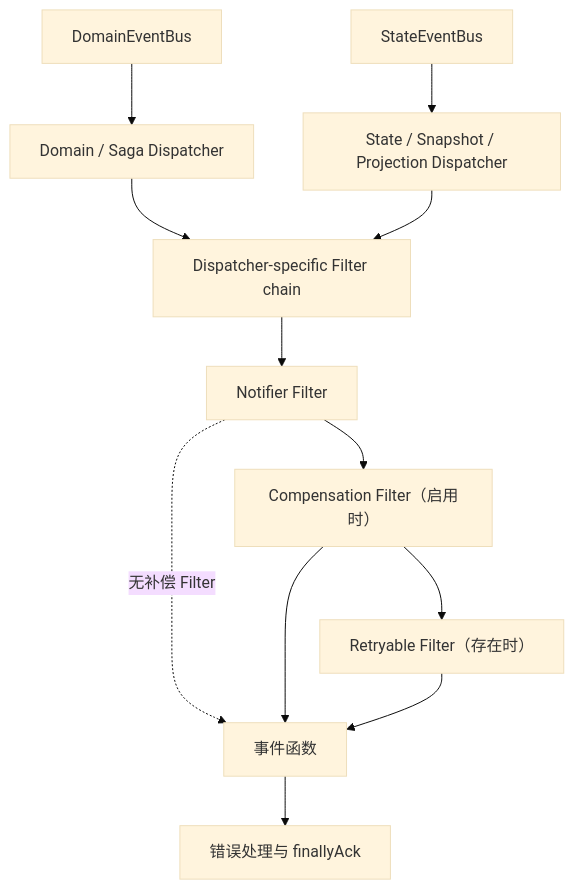
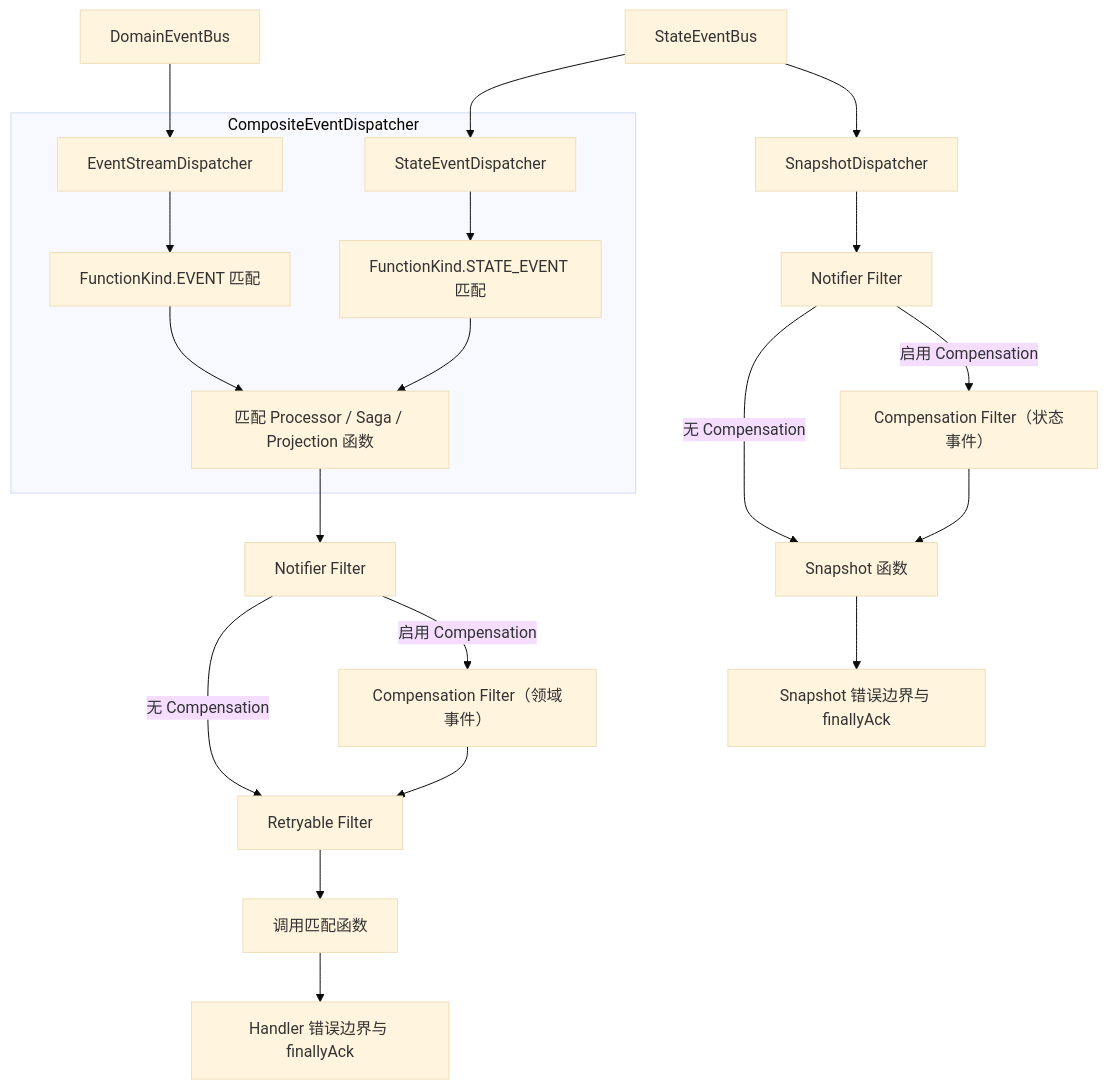
One commit to Ahoo-Wang/Wow changed the diagram in documentation/docs/zh/guide/event/dispatch.md. Above: the diagram before and after it, drawn with Mermaid (base theme). The commit also changed 3 other files, not shown here.

Commit message:
docs: correct event diagram boundaries

````diff
--- a/documentation/docs/zh/guide/event/dispatch.md
+++ b/documentation/docs/zh/guide/event/dispatch.md
@@ -24,14 +24,23 @@
 ```mermaid
 flowchart TB
-    DomainBus["DomainEventBus"] --> DomainDispatcher["Domain / Saga Dispatcher"]
-    StateBus["StateEventBus"] --> StateDispatcher["State / Snapshot / Projection Dispatcher"]
-    DomainDispatcher --> Chain["Dispatcher-specific Filter chain"]
-    StateDispatcher --> Chain
-    Chain --> Notifier["Notifier Filter"]
-    Notifier --> Compensation["Compensation Filter（启用时）"]
-    Notifier -. "无补偿 Filter" .-> Function["事件函数"]
-    Compensation --> Retryable["Retryable Filter（存在时）"]
-    Compensation --> Function
-    Retryable --> Function
-    Function --> Ack["错误处理与 finallyAck"]
+    DomainBus["DomainEventBus"] --> EventStream["EventStreamDispatcher"]
+    StateBus["StateEventBus"] --> StateEvent["StateEventDispatcher"]
+    StateBus --> SnapshotDispatcher["SnapshotDispatcher"]
+    subgraph Composite["CompositeEventDispatcher"]
+        EventStream --> EventKind["FunctionKind.EVENT 匹配"]
+        StateEvent --> StateKind["FunctionKind.STATE_EVENT 匹配"]
+        EventKind --> Matched["匹配 Processor / Saga / Projection 函数"]
+        StateKind --> Matched
+    end
+    Matched --> EventNotifier["Notifier Filter"]
+    EventNotifier -->|"无 Compensation"| Retryable["Retryable Filter"]
+    EventNotifier -->|"启用 Compensation"| DomainCompensation["Compensation Filter（领域事件）"]
+    DomainCompensation --> Retryable
+    Retryable --> EventFunction["调用匹配函数"]
+    SnapshotDispatcher --> SnapshotNotifier["Notifier Filter"]
+    SnapshotNotifier -->|"无 Compensation"| SnapshotFunction["Snapshot 函数"]
+    SnapshotNotifier -->|"启用 Compensation"| StateCompensation["Compensation Filter（状态事件）"]
+    StateCompensation --> SnapshotFunction
+    EventFunction --> EventBoundary["Handler 错误边界与 finallyAck"]
+    SnapshotFunction --> SnapshotBoundary["Snapshot 错误边界与 finallyAck"]
 ```
````
